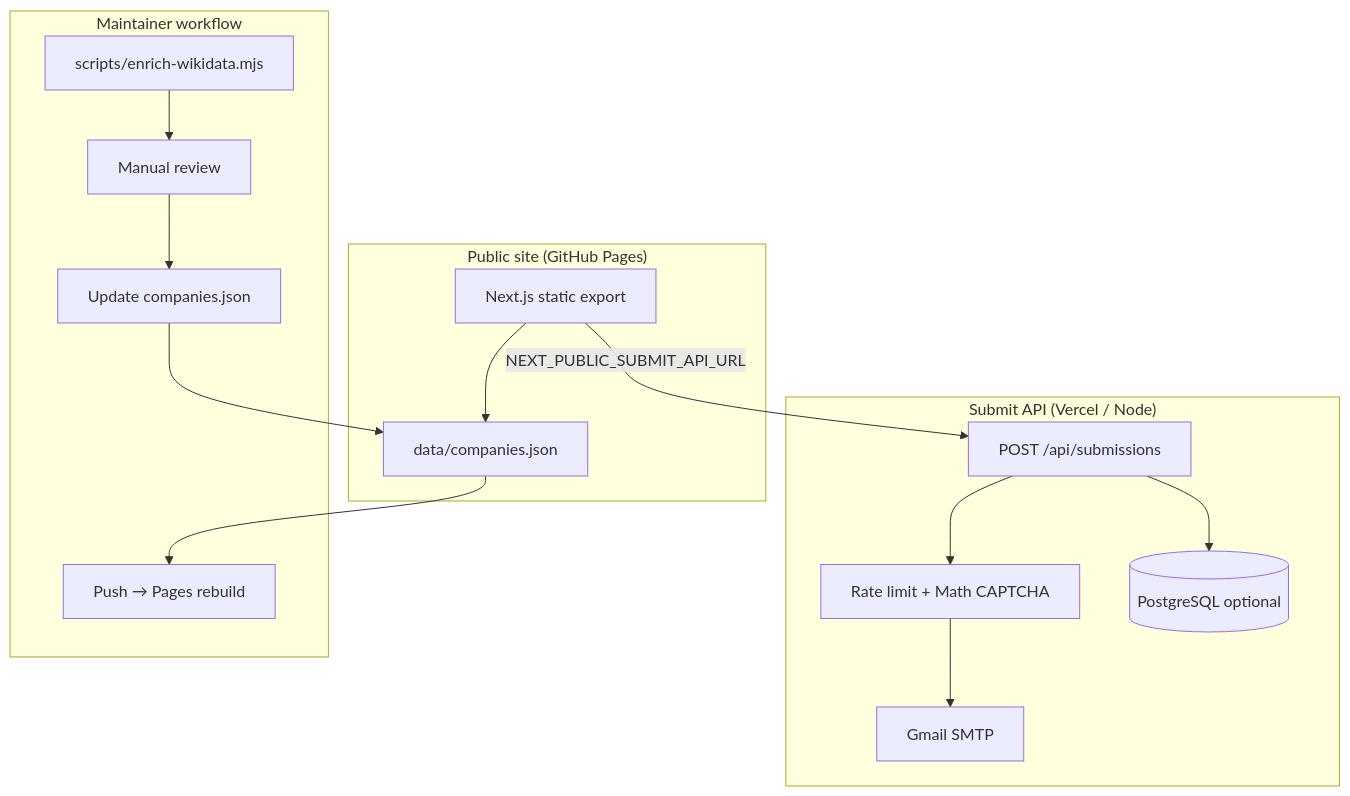
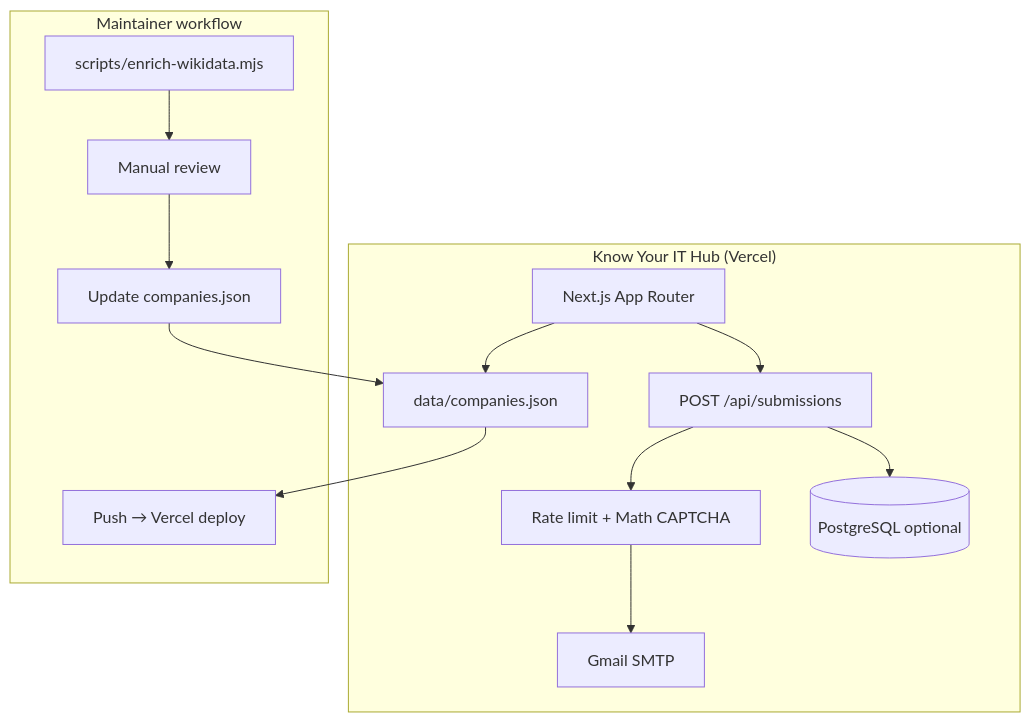
One commit to nuthanm/KnowYourCompanyType changed the first of 3 diagrams in README.md. Above: the diagram before and after it, drawn with Mermaid. The commit also changed other lines of this file and 10 other files, not shown here.

First line of the commit message:
refactor: remove GitHub Pages support and update configuration for Vercel deployment

````diff
--- a/README.md
+++ b/README.md
@@ -28,27 +27,24 @@
 ```mermaid
 flowchart TB
-  subgraph Public["Public site (GitHub Pages)"]
-    UI["Next.js static export"]
+  subgraph App["Know Your IT Hub (Vercel)"]
+    UI["Next.js App Router"]
     JSON["data/companies.json"]
-  end
-
-  subgraph API["Submit API (Vercel / Node)"]
     POST["POST /api/submissions"]
     RL["Rate limit + Math CAPTCHA"]
     SMTP["Gmail SMTP"]
     DB[("PostgreSQL optional")]
   end
 
   subgraph Maintain["Maintainer workflow"]
     DRAFT["scripts/enrich-wikidata.mjs"]
     REVIEW["Manual review"]
     MERGE["Update companies.json"]
-    DEPLOY["Push → Pages rebuild"]
+    DEPLOY["Push → Vercel deploy"]
   end
 
   UI --> JSON
-  UI -->|NEXT_PUBLIC_SUBMIT_API_URL| POST
+  UI --> POST
   POST --> RL --> SMTP
   POST --> DB
   DRAFT --> REVIEW --> MERGE --> JSON --> DEPLOY
 ```
````
